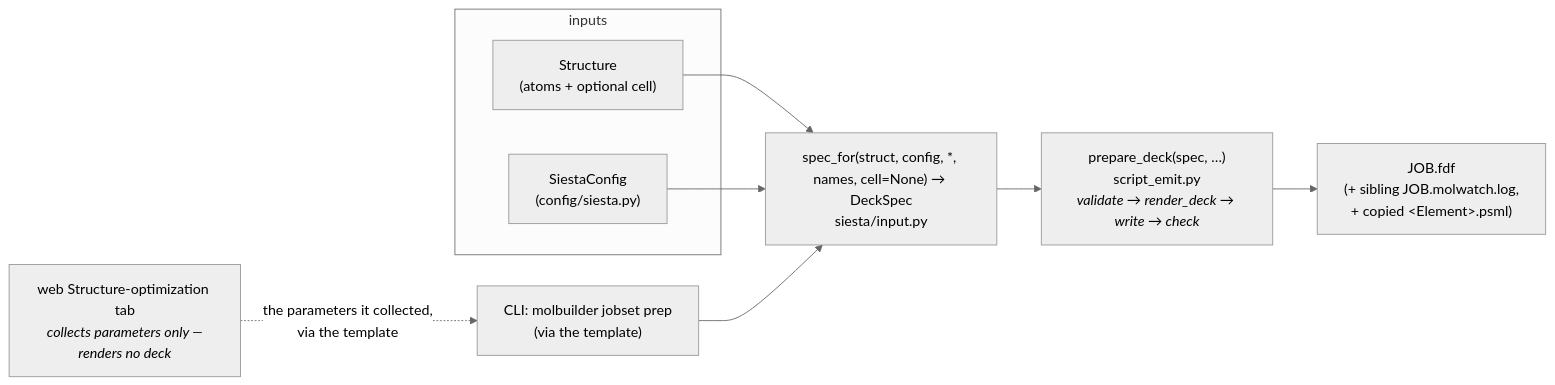
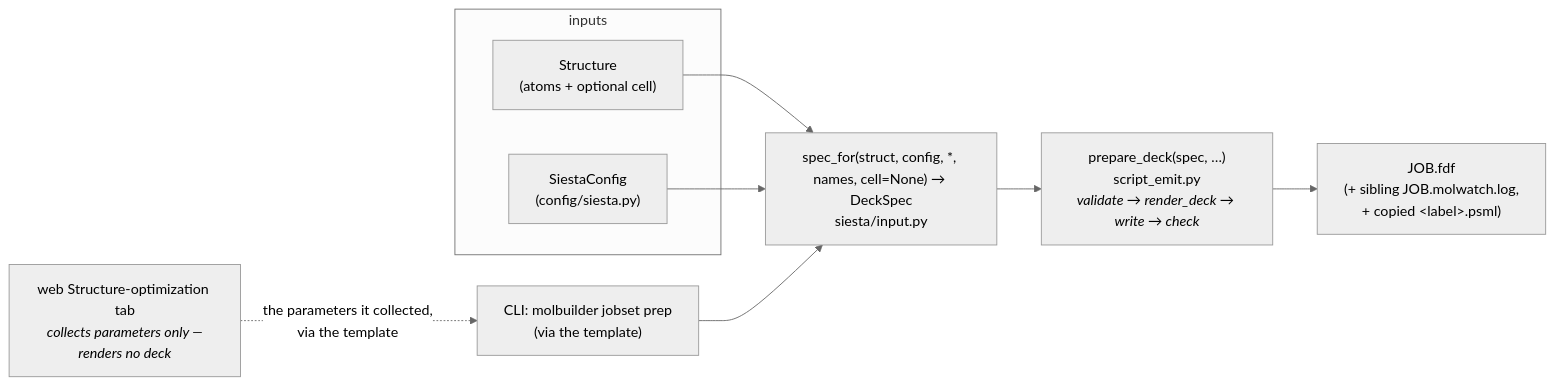
The first of 3 diagrams in docs/engines/siesta.md (Qing-LAB/molbuilder), drawn with Mermaid (neutral theme) before and after one commit. The commit also changed other lines of this file and 84 other files, not shown here.

First line of the commit message:
2.57.0: a species is a label and an element; a build says what it built (F0b)

````diff
--- a/docs/engines/siesta.md
+++ b/docs/engines/siesta.md
@@ -46,17 +46,17 @@
 ```mermaid
 flowchart LR
     subgraph IN["inputs"]
         S["Structure<br/>(atoms + optional cell)"]
         C["SiestaConfig<br/>(config/siesta.py)"]
     end
     CLI["CLI: molbuilder jobset prep<br/>(via the template)"]
     WEB["web Structure-optimization tab<br/><i>collects parameters only —<br/>renders no deck</i>"]
     R["spec_for(struct, config, *, names, cell=None) → DeckSpec<br/>siesta/input.py"]
     P["prepare_deck(spec, …)<br/>script_emit.py<br/><i>validate → render_deck → write → check</i>"]
-    OUT["JOB.fdf<br/>(+ sibling JOB.molwatch.log,<br/> + copied &lt;Element&gt;.psml)"]
+    OUT["JOB.fdf<br/>(+ sibling JOB.molwatch.log,<br/> + copied &lt;label&gt;.psml)"]
     S --> R
     C --> R
     CLI --> R
     WEB -.->|"the parameters it collected,<br/>via the template"| CLI
     R --> P --> OUT
 ```
````
